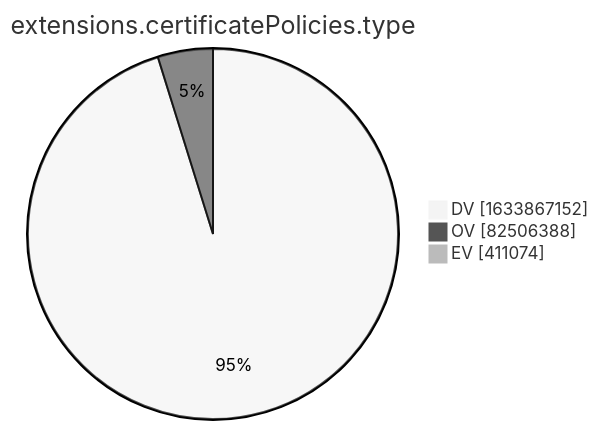
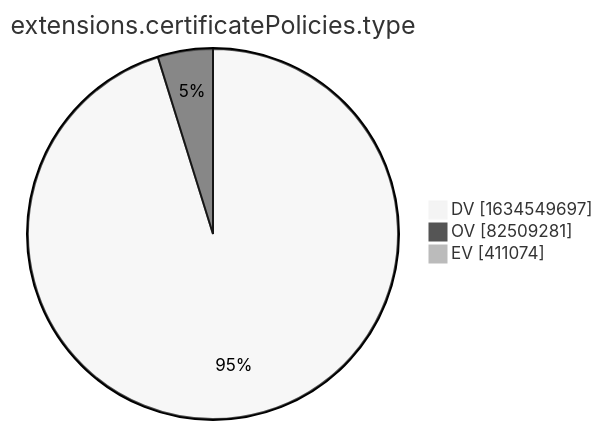
Before and after one commit to christiankrug/ctmonitor_visualization: the tenth of 15 diagrams in xenon2022/README.md, drawn with Mermaid (neutral theme). The commit also changed other lines of this file, not shown here.

````diff
--- a/xenon2022/README.md
+++ b/xenon2022/README.md
@@ -2879,7 +2879,7 @@
 ```mermaid
 pie showData
 title extensions.certificatePolicies.type
-"DV" :1633867152
-"OV" :82506388
+"DV" :1634549697
+"OV" :82509281
 "EV" :411074
 ```
````
